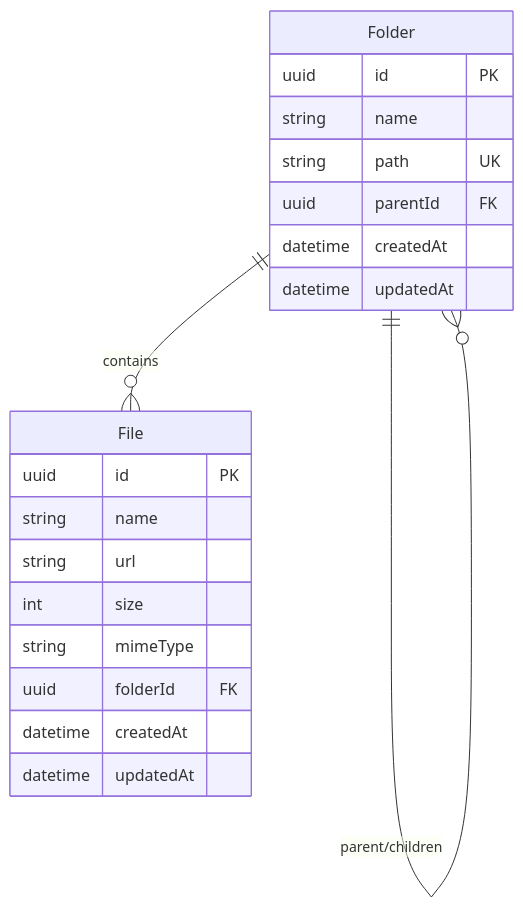
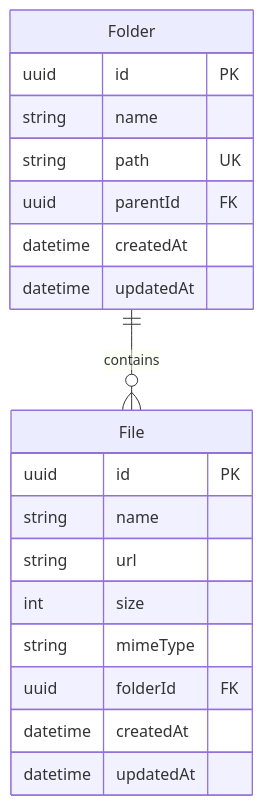
One commit to Zowx/deploiement-appweb-azure changed the seventh of 7 diagrams in README.md. Above: the diagram before and after it, drawn with Mermaid.

Commit message:
🐛 fix(docs): remove redundant parent/children relationship from architecture diagram

````diff
--- a/README.md
+++ b/README.md
@@ -479,25 +479,24 @@
 ```mermaid
 erDiagram
     Folder ||--o{ File : contains
-    Folder ||--o{ Folder : "parent/children"
 
     Folder {
         uuid id PK
         string name
         string path UK
         uuid parentId FK
         datetime createdAt
         datetime updatedAt
     }
 
     File {
         uuid id PK
         string name
         string url
         int size
         string mimeType
         uuid folderId FK
         datetime createdAt
         datetime updatedAt
     }
 ```
````
